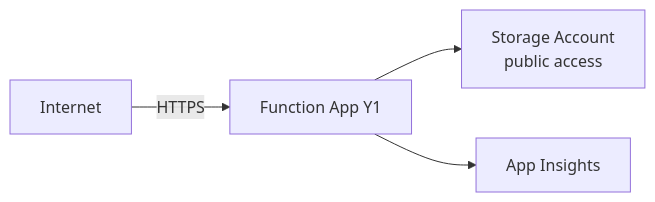
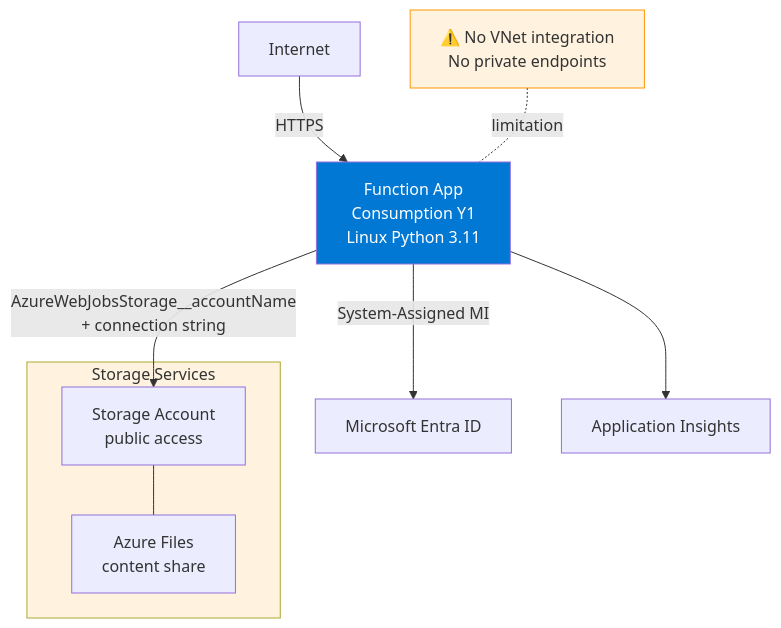
The first of 2 diagrams in docs/language-guides/python/tutorial/consumption/02-first-deploy.md (yeongseon/azure-functions-practical-guide), drawn with Mermaid before and after one commit. The commit also changed 23 other files, not shown here.

Commit message:
docs: upgrade tutorial infrastructure diagrams from simplified to full network architecture

````diff
--- a/docs/language-guides/python/tutorial/consumption/02-first-deploy.md
+++ b/docs/language-guides/python/tutorial/consumption/02-first-deploy.md
@@ -23,6 +23,18 @@
     ```mermaid
-    flowchart LR
-        INET["Internet"] -->|HTTPS| FA["Function App Y1"]
-        FA --> ST["Storage Account\npublic access"]
-        FA --> AI["App Insights"]
+    flowchart TD
+        INET[Internet] -->|HTTPS| FA[Function App\nConsumption Y1\nLinux Python 3.11]
+
+        FA -->|System-Assigned MI| ENTRA[Microsoft Entra ID]
+        FA -->|"AzureWebJobsStorage__accountName\n+ connection string"| ST[Storage Account\npublic access]
+        FA --> AI[Application Insights]
+
+        subgraph STORAGE[Storage Services]
+            ST --- FS[Azure Files\ncontent share]
+        end
+
+        NO_VNET["⚠️ No VNet integration\nNo private endpoints"] -. limitation .- FA
+
+        style FA fill:#0078d4,color:#fff
+        style NO_VNET fill:#FFF3E0,stroke:#FF9800
+        style STORAGE fill:#FFF3E0
     ```
````
